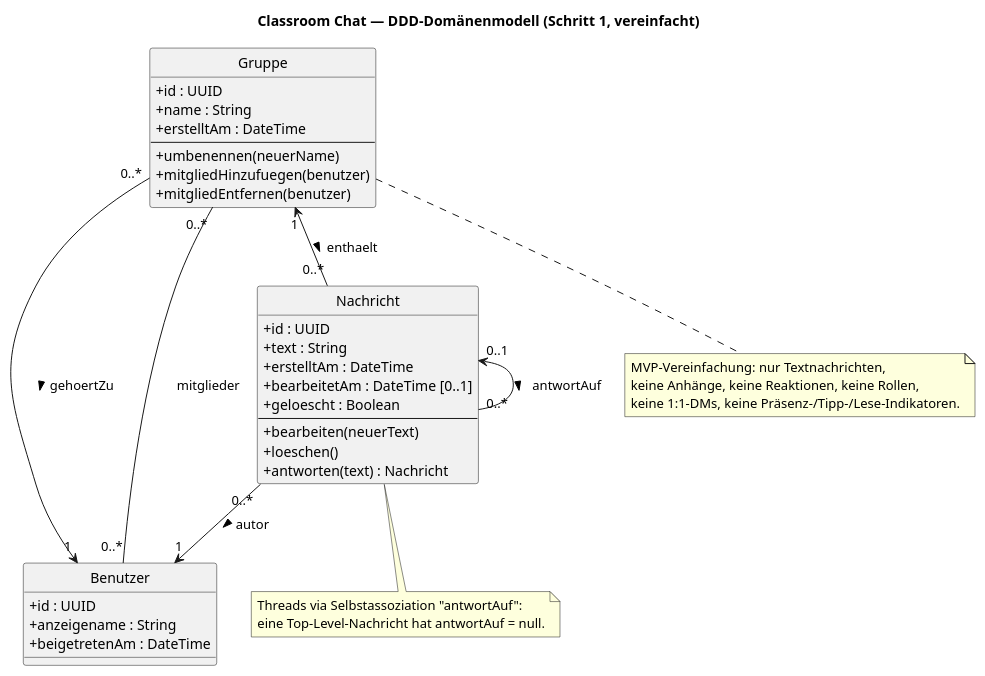
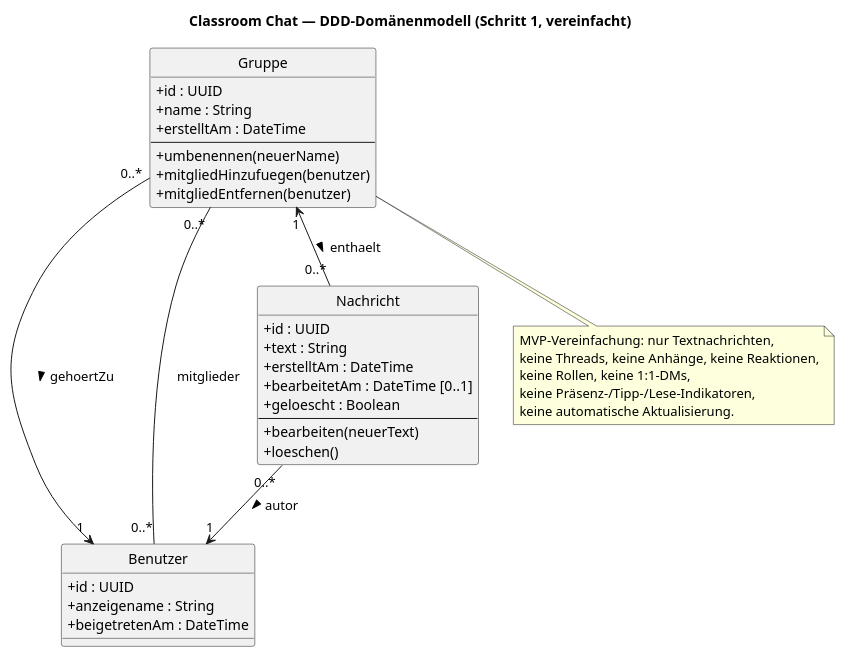
One commit to alexanderraich/cas_ai_se-classroomchat changed the diagram in docs/domaenenmodell.puml. Above: the diagram before and after it, drawn with PlantUML. The commit also changed 8 other files, not shown here.

Commit message:
Schritt 1-5 Iteration 2: F5/F6 entfernt, UC-7 entfernt, Sophist-Anforderungen, gerenderte Diagramme als PNG, Mockup vereinfacht

```diff
--- a/docs/domaenenmodell.puml
+++ b/docs/domaenenmodell.puml
@@ -1,61 +1,54 @@
 @startuml ClassroomChat-Domaenenmodell
 title Classroom Chat — DDD-Domänenmodell (Schritt 1, vereinfacht)
 
 skinparam classAttributeIconSize 0
 hide circle
 
 class Benutzer {
   +id : UUID
   +anzeigename : String
   +beigetretenAm : DateTime
 }
 
 class Gruppe {
   +id : UUID
   +name : String
   +erstelltAm : DateTime
   --
   +umbenennen(neuerName)
   +mitgliedHinzufuegen(benutzer)
   +mitgliedEntfernen(benutzer)
 }
 
 class Nachricht {
   +id : UUID
   +text : String
   +erstelltAm : DateTime
   +bearbeitetAm : DateTime [0..1]
   +geloescht : Boolean
   --
   +bearbeiten(neuerText)
   +loeschen()
-  +antworten(text) : Nachricht
 }
 
 ' --- Beziehungen ---
 
 ' Eigentum: genau ein Eigentümer pro Gruppe; ein Eigentümer kann mehrere Gruppen besitzen
 Gruppe "0..*" --> "1" Benutzer : gehoertZu >
 
 ' Mitgliedschaft: viele-zu-viele; ein Eigentümer ist implizit auch Mitglied
 Gruppe "0..*" -- "0..*" Benutzer : mitglieder
 
 ' Nachrichten gehören zu genau einer Gruppe und haben genau einen Autor
 Gruppe "1" <-- "0..*" Nachricht : enthaelt >
 Nachricht "0..*" --> "1" Benutzer : autor >
 
-' Threading: eine Nachricht kann Antwort auf eine andere sein
-Nachricht "0..1" <-- "0..*" Nachricht : antwortAuf >
-
-note bottom of Nachricht
-  Threads via Selbstassoziation "antwortAuf":
-  eine Top-Level-Nachricht hat antwortAuf = null.
-end note
-
 note bottom of Gruppe
   MVP-Vereinfachung: nur Textnachrichten,
-  keine Anhänge, keine Reaktionen, keine Rollen,
-  keine 1:1-DMs, keine Präsenz-/Tipp-/Lese-Indikatoren.
+  keine Threads, keine Anhänge, keine Reaktionen,
+  keine Rollen, keine 1:1-DMs,
+  keine Präsenz-/Tipp-/Lese-Indikatoren,
+  keine automatische Aktualisierung.
 end note
 
 @enduml
```
